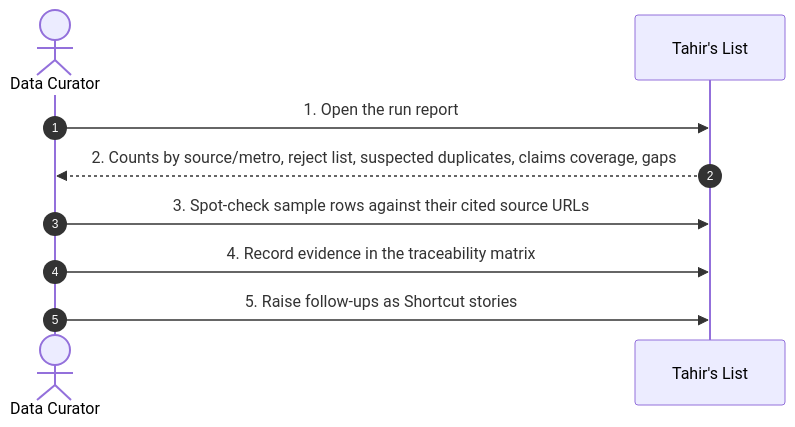
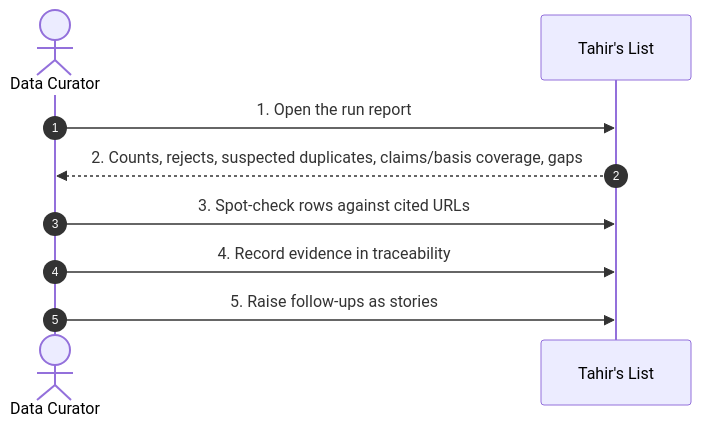
One commit to Losers-Lab/tahirs-list changed the first of 6 diagrams in docs/features/SC-211/04-blackbox/UC-04-audit-and-record-evidence.md. Above: the diagram before and after it, drawn with Mermaid. The commit also changed other lines of this file and 14 other files, not shown here.

Commit message:
[SC-211] Retrofit design to diagram-first format

````diff
--- a/docs/features/SC-211/04-blackbox/UC-04-audit-and-record-evidence.md
+++ b/docs/features/SC-211/04-blackbox/UC-04-audit-and-record-evidence.md
@@ -12,12 +6,11 @@
 ```mermaid
 sequenceDiagram
   autonumber
   actor DC as Data Curator
   participant TL as Tahir's List
-
   DC->>TL: 1. Open the run report
-  TL-->>DC: 2. Counts by source/metro, reject list, suspected duplicates, claims coverage, gaps
-  DC->>TL: 3. Spot-check sample rows against their cited source URLs
-  DC->>TL: 4. Record evidence in the traceability matrix
-  DC->>TL: 5. Raise follow-ups as Shortcut stories
+  TL-->>DC: 2. Counts, rejects, suspected duplicates, claims/basis coverage, gaps
+  DC->>TL: 3. Spot-check rows against cited URLs
+  DC->>TL: 4. Record evidence in traceability
+  DC->>TL: 5. Raise follow-ups as stories
 ```
````
